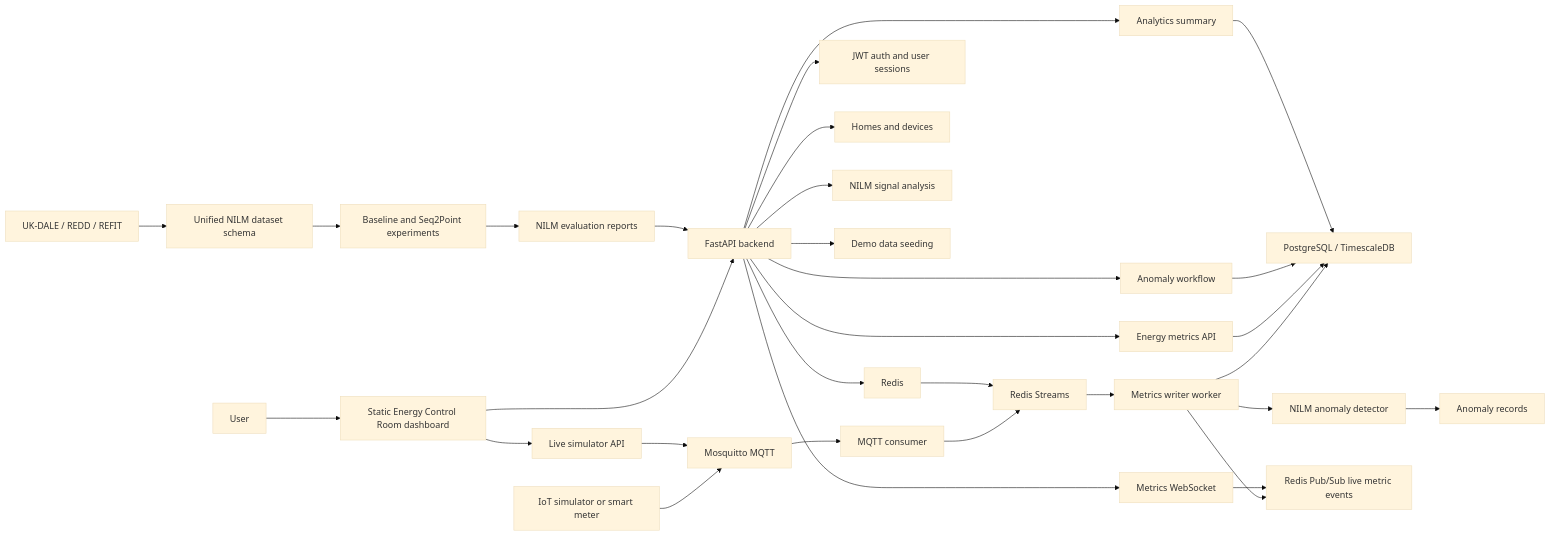
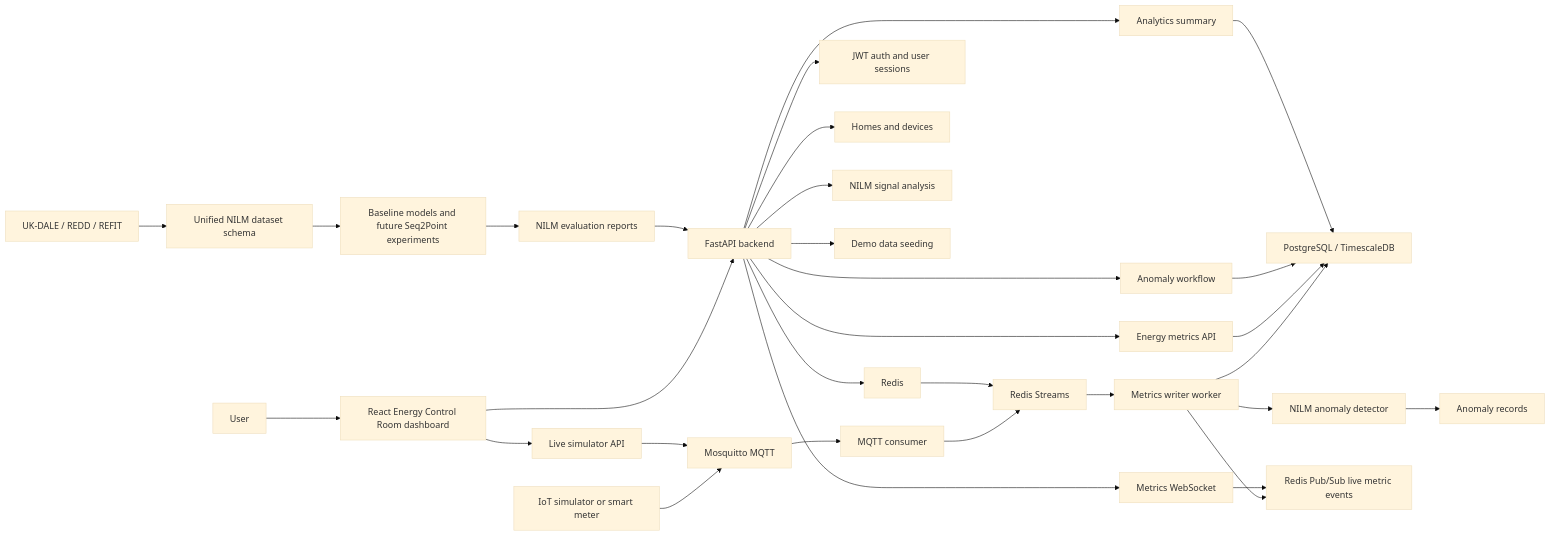
The diagram in README.md (bondikk/nilm-energy-analytics-platform), drawn with Mermaid (base theme) before and after one commit. The commit also changed other lines of this file and 3 other files, not shown here.

````diff
--- a/README.md
+++ b/README.md
@@ -65,34 +64,34 @@
 ```mermaid
 flowchart LR
   Simulator["IoT simulator or smart meter"] --> MQTT["Mosquitto MQTT"]
   Frontend --> SimAPI["Live simulator API"]
   SimAPI --> MQTT
   MQTT --> Consumer["MQTT consumer"]
   Consumer --> Stream["Redis Streams"]
   Stream --> Writer["Metrics writer worker"]
   Writer --> DB["PostgreSQL / TimescaleDB"]
   Writer --> Detector["NILM anomaly detector"]
   Detector --> AnomaliesDB["Anomaly records"]
   Writer --> LiveBus["Redis Pub/Sub live metric events"]
 
-  User["User"] --> Frontend["Static Energy Control Room dashboard"]
+  User["User"] --> Frontend["React Energy Control Room dashboard"]
   Frontend --> API["FastAPI backend"]
   API --> WS["Metrics WebSocket"]
   WS --> LiveBus
   API --> Auth["JWT auth and user sessions"]
   API --> Homes["Homes and devices"]
   API --> Metrics["Energy metrics API"]
   API --> Anomalies["Anomaly workflow"]
   API --> Analytics["Analytics summary"]
   API --> NILM["NILM signal analysis"]
   API --> Demo["Demo data seeding"]
   Dataset["UK-DALE / REDD / REFIT"] --> Converter["Unified NILM dataset schema"]
-  Converter --> Models["Baseline and Seq2Point experiments"]
+  Converter --> Models["Baseline models and future Seq2Point experiments"]
   Models --> Reports["NILM evaluation reports"]
   Reports --> API
   Metrics --> DB
   Anomalies --> DB
   Analytics --> DB
   API --> Redis["Redis"]
   Redis --> Stream
 ```
````
